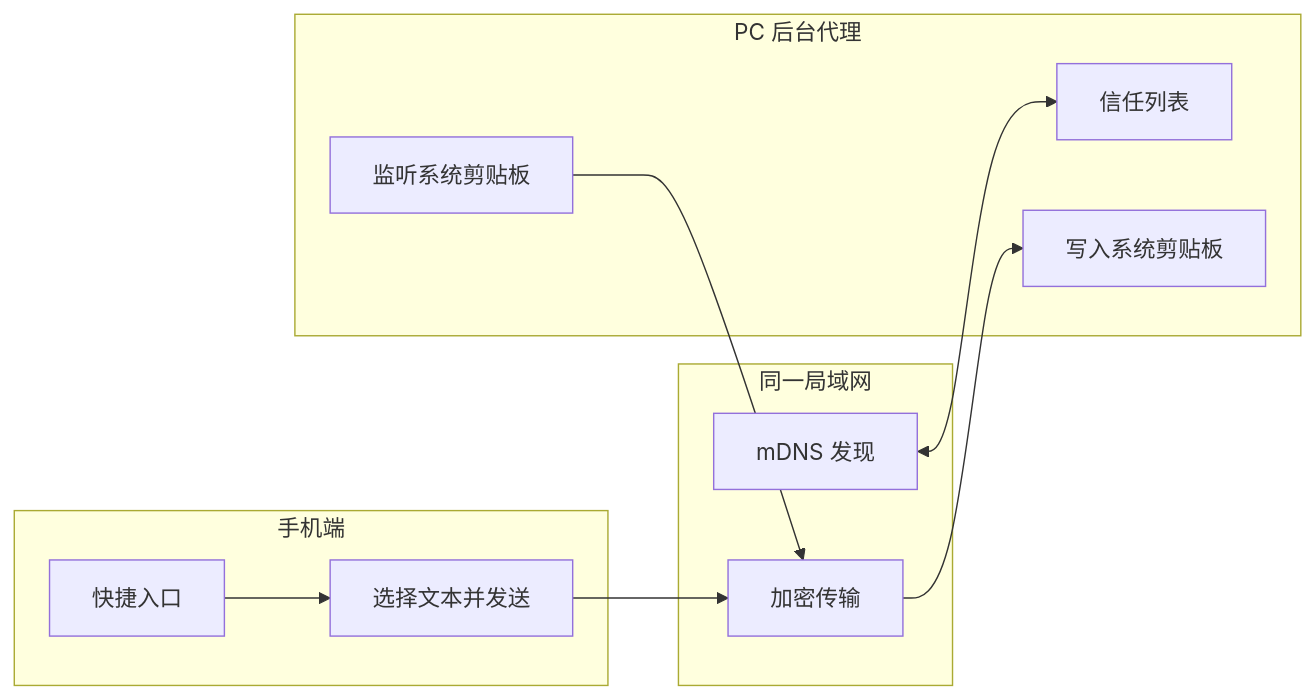
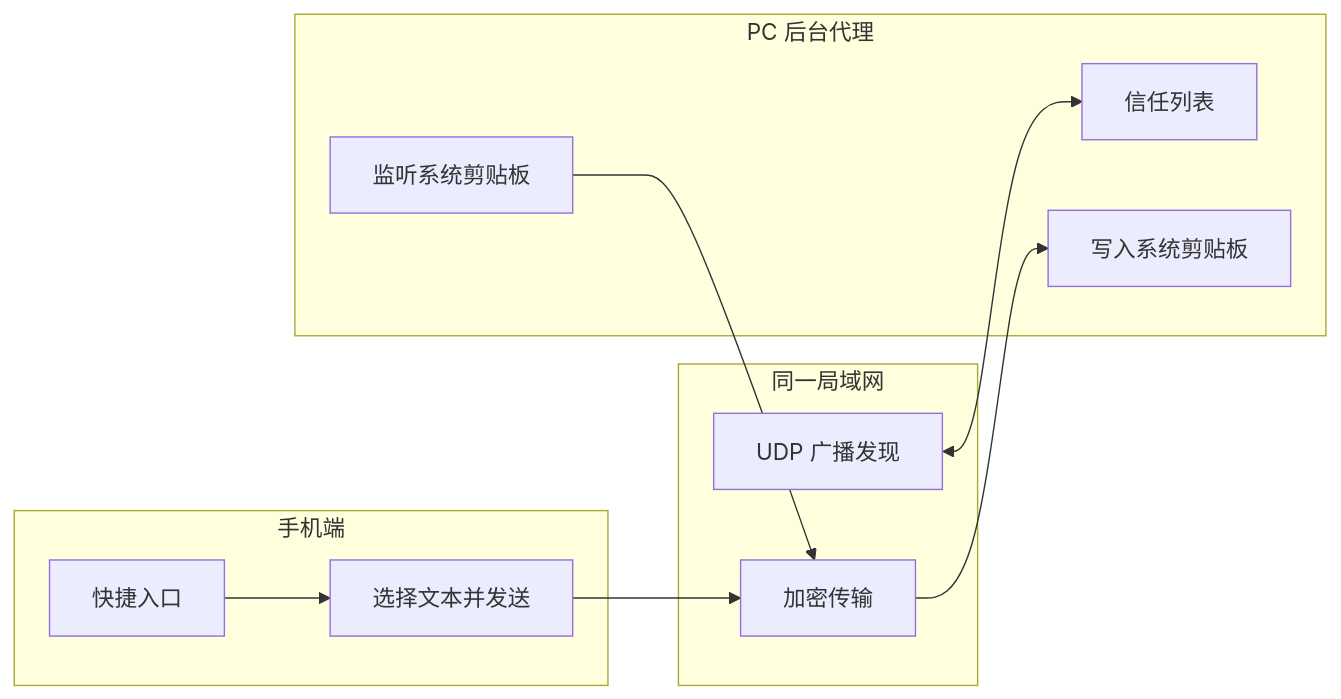
Before and after one commit to mrone0/rs: the diagram in README.md, drawn with Mermaid. The commit also changed other lines of this file and 102 other files, not shown here.

````diff
--- a/README.md
+++ b/README.md
@@ -17,21 +17,21 @@
 ```mermaid
 flowchart LR
   subgraph Phone["手机端"]
     A["快捷入口"] --> B["选择文本并发送"]
   end
 
   subgraph LAN["同一局域网"]
-    C["mDNS 发现"]
+    C["UDP 广播发现"]
     D["加密传输"]
   end
 
   subgraph PC["PC 后台代理"]
     E["监听系统剪贴板"]
     F["信任列表"]
     G["写入系统剪贴板"]
   end
 
   B --> D --> G
   E --> D
   C <--> F
 ```
````
